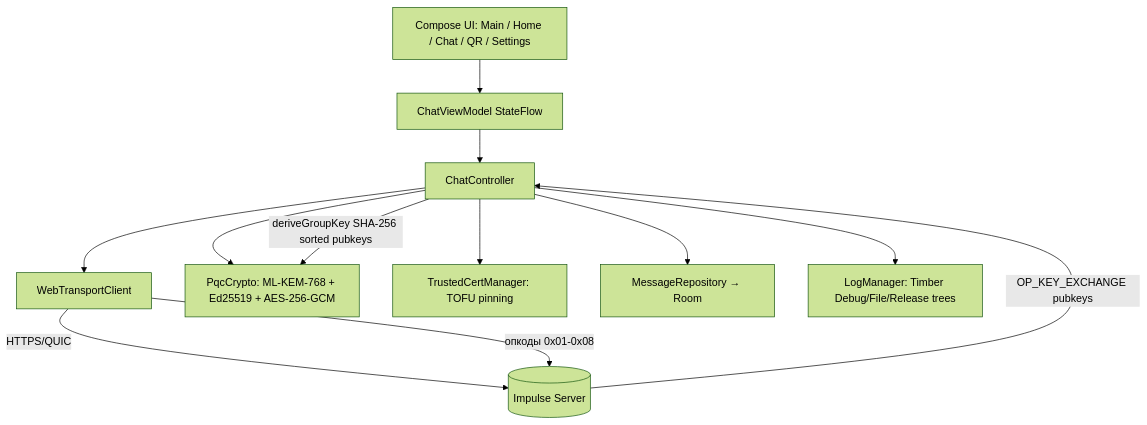
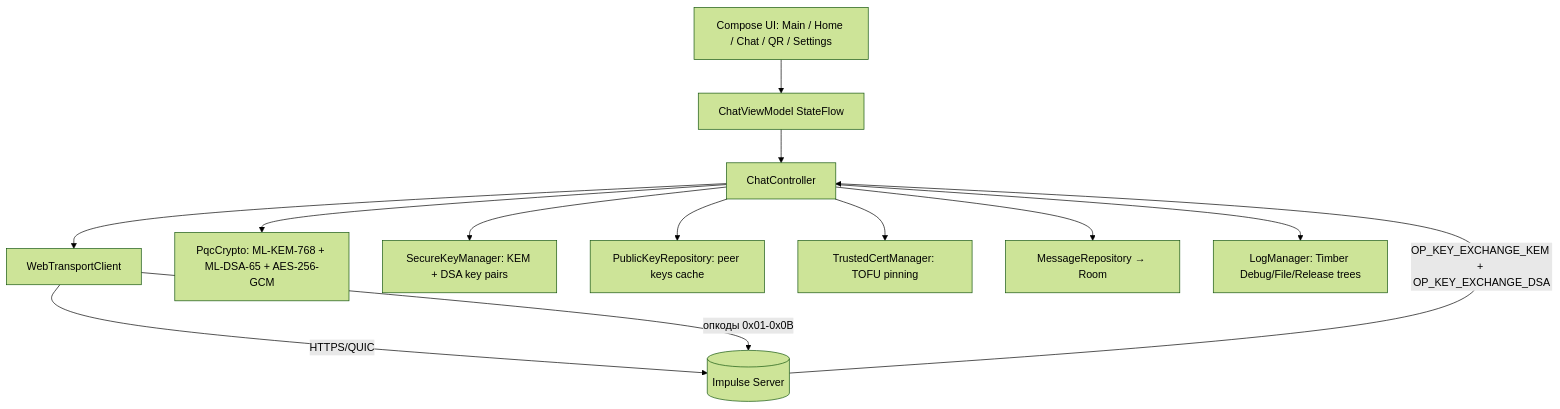
The first of 2 diagrams in README.ru.md (Oqune/Impulse-client), drawn with Mermaid (forest theme) before and after one commit. The commit also changed other lines of this file and 28 other files, not shown here.

````diff
--- a/README.ru.md
+++ b/README.ru.md
@@ -267,14 +284,15 @@
 ```mermaid
 flowchart TD
     UI[Compose UI: Main / Home / Chat / QR / Settings] --> VM[ChatViewModel StateFlow]
     VM --> CC[ChatController]
     CC --> WT[WebTransportClient]
     WT -->|HTTPS/QUIC| SRV[(Impulse Server)]
-    CC --> CRYPTO[PqcCrypto: ML-KEM-768 + Ed25519 + AES-256-GCM]
+    CC --> CRYPTO[PqcCrypto: ML-KEM-768 + ML-DSA-65 + AES-256-GCM]
+    CC --> SKM[SecureKeyManager: KEM + DSA key pairs]
+    CC --> PKR[PublicKeyRepository: peer keys cache]
     CC --> CERT[TrustedCertManager: TOFU pinning]
     CC --> REPO[MessageRepository → Room]
     CC --> LOG[LogManager: Timber Debug/File/Release trees]
-    WT -->|опкоды 0x01-0x08| SRV
-    SRV -->|OP_KEY_EXCHANGE pubkeys| CC
-    CC -->|deriveGroupKey SHA-256 sorted pubkeys| CRYPTO
+    WT -->|опкоды 0x01-0x0B| SRV
+    SRV -->|OP_KEY_EXCHANGE_KEM + OP_KEY_EXCHANGE_DSA| CC
 ```
````
